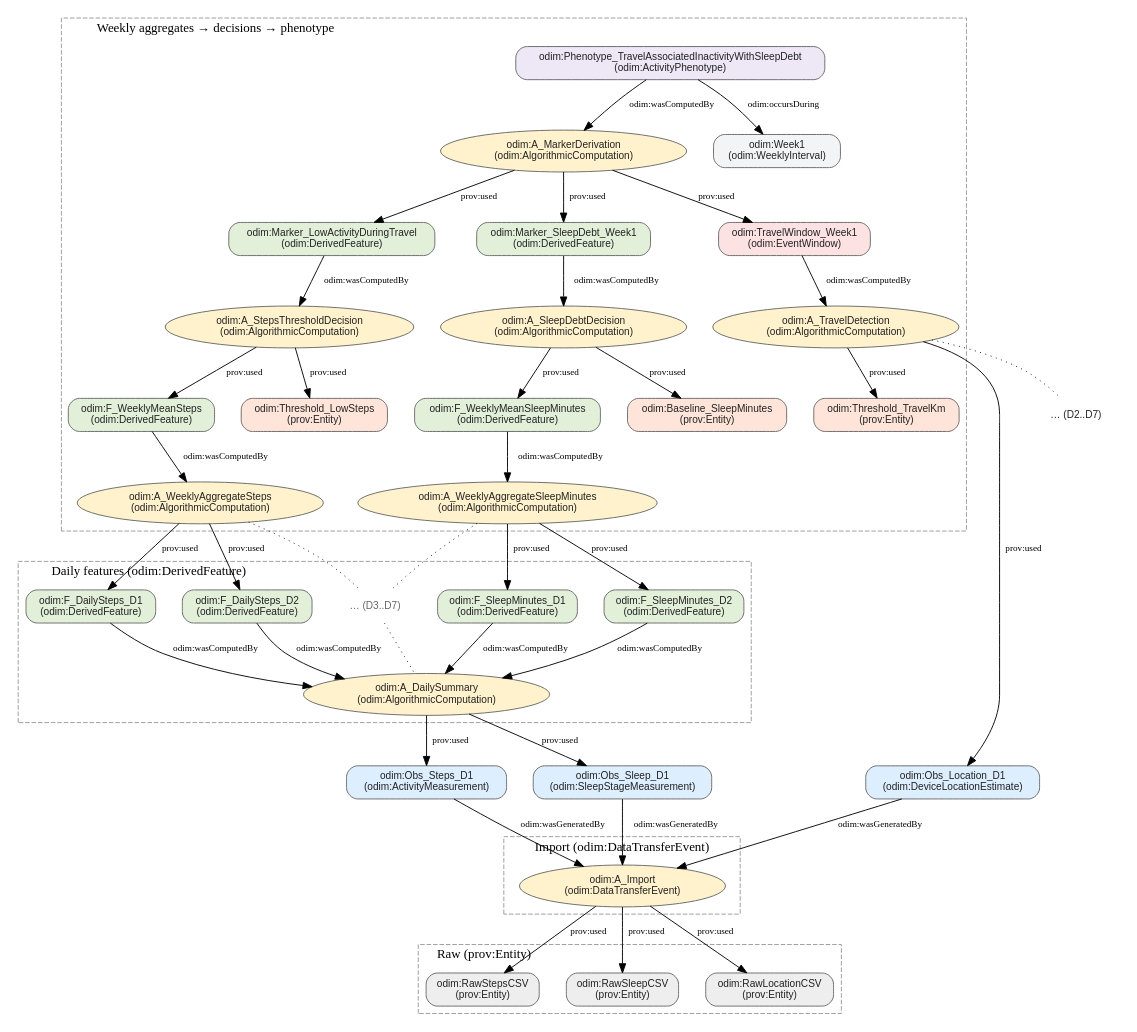
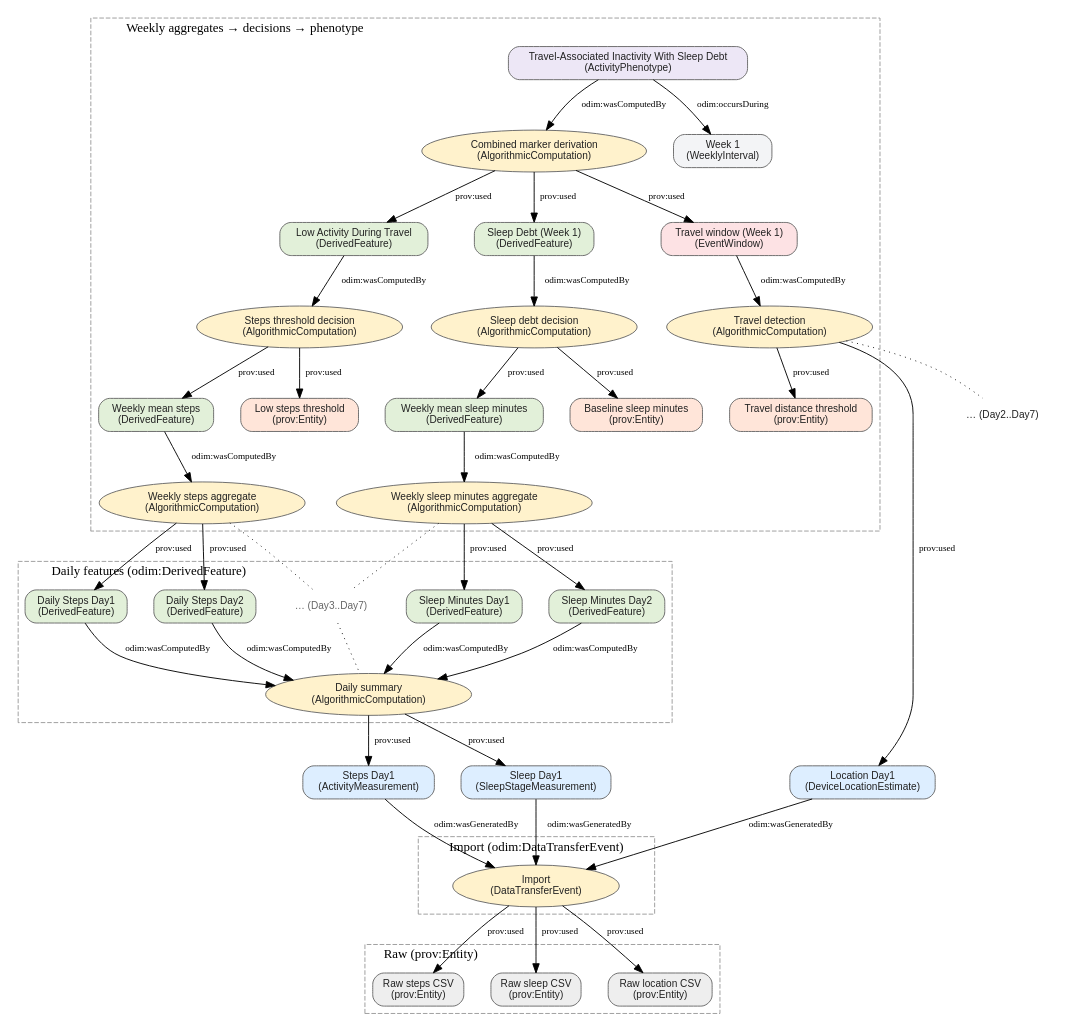
Before and after one commit to MentalHealthMission/MHM-ontology: the diagram in docs/presentation/demo_graph.dot, drawn with Graphviz. The commit also changed 1 other file, not shown here.

Commit message:
docs(presentation): simplify labels — add Day1/Day2 and remove odim: prefixes across nodes

```diff
--- a/docs/presentation/demo_graph.dot
+++ b/docs/presentation/demo_graph.dot
@@ -1,124 +1,124 @@
 digraph DemoFlow {
   rankdir=TB;
   splines=true;
   nodesep=0.4;
   ranksep=0.6;
 
   // Default node styles
   node [fontname="Helvetica", fontsize=11, style="rounded,filled", color="#666666", fontcolor="#222222", fillcolor="white", penwidth=1.0];
 
   // Legend removed for presentation clarity
 
   // Raw entities (prov:Entity)
   subgraph cluster_raw {
     label="Raw (prov:Entity)"; style=dashed; color=gray60; labelloc="t"; labeljust="l";
-    RawSteps [label="odim:RawStepsCSV\n(prov:Entity)", shape=box, fillcolor="#EEEEEE"];
-    RawSleep [label="odim:RawSleepCSV\n(prov:Entity)", shape=box, fillcolor="#EEEEEE"];
-    RawLoc   [label="odim:RawLocationCSV\n(prov:Entity)", shape=box, fillcolor="#EEEEEE"];
+    RawSteps [label="Raw steps CSV\n(prov:Entity)", shape=box, fillcolor="#EEEEEE"];
+    RawSleep [label="Raw sleep CSV\n(prov:Entity)", shape=box, fillcolor="#EEEEEE"];
+    RawLoc   [label="Raw location CSV\n(prov:Entity)", shape=box, fillcolor="#EEEEEE"];
   }
 
   // Import activity
   subgraph cluster_import {
     label="Import (odim:DataTransferEvent)"; style=dashed; color=gray60; labelloc="t"; labeljust="l";
-    Import [label="odim:A_Import\n(odim:DataTransferEvent)", shape=ellipse, fillcolor="#FFF2CC"];
+    Import [label="Import\n(DataTransferEvent)", shape=ellipse, fillcolor="#FFF2CC"];
   }
 
   // Observations (entities)
   subgraph cluster_obs {
     label=""; style=invis; color=gray60;
-    ObsSteps [label="odim:Obs_Steps_D1\n(odim:ActivityMeasurement)", shape=box, fillcolor="#DDEEFF"];
-    ObsSleep [label="odim:Obs_Sleep_D1\n(odim:SleepStageMeasurement)", shape=box, fillcolor="#DDEEFF"];
-    ObsLoc   [label="odim:Obs_Location_D1\n(odim:DeviceLocationEstimate)", shape=box, fillcolor="#DDEEFF"];
-    ObsDots  [label="… (D2..D7)", shape=plaintext];
+    ObsSteps [label="Steps Day1\n(ActivityMeasurement)", shape=box, fillcolor="#DDEEFF"];
+    ObsSleep [label="Sleep Day1\n(SleepStageMeasurement)", shape=box, fillcolor="#DDEEFF"];
+    ObsLoc   [label="Location Day1\n(DeviceLocationEstimate)", shape=box, fillcolor="#DDEEFF"];
+    ObsDots  [label="… (Day2..Day7)", shape=plaintext];
   }
 
   // Daily computation + features (steps + sleep minutes)
   subgraph cluster_daily {
     label="Daily features (odim:DerivedFeature)"; style=dashed; color=gray60; labelloc="t"; labeljust="l";
-    DailyComp [label="odim:A_DailySummary\n(odim:AlgorithmicComputation)", shape=ellipse, fillcolor="#FFF2CC"];
-    F1 [label="odim:F_DailySteps_D1\n(odim:DerivedFeature)", shape=box, fillcolor="#E2F0D9"];
-    F2 [label="odim:F_DailySteps_D2\n(odim:DerivedFeature)", shape=box, fillcolor="#E2F0D9"];
-    FDots [label="… (D3..D7)", shape=plaintext, color="#888888", fontcolor="#666666"];
-    SQ1 [label="odim:F_SleepMinutes_D1\n(odim:DerivedFeature)", shape=box, fillcolor="#E2F0D9"];
-    SQ2 [label="odim:F_SleepMinutes_D2\n(odim:DerivedFeature)", shape=box, fillcolor="#E2F0D9"];
+    DailyComp [label="Daily summary\n(AlgorithmicComputation)", shape=ellipse, fillcolor="#FFF2CC"];
+    F1 [label="Daily Steps Day1\n(DerivedFeature)", shape=box, fillcolor="#E2F0D9"];
+    F2 [label="Daily Steps Day2\n(DerivedFeature)", shape=box, fillcolor="#E2F0D9"];
+    FDots [label="… (Day3..Day7)", shape=plaintext, color="#888888", fontcolor="#666666"];
+    SQ1 [label="Sleep Minutes Day1\n(DerivedFeature)", shape=box, fillcolor="#E2F0D9"];
+    SQ2 [label="Sleep Minutes Day2\n(DerivedFeature)", shape=box, fillcolor="#E2F0D9"];
   }
 
   // Weekly aggregation + decisions + combined phenotype
   subgraph cluster_weekly {
     label="Weekly aggregates → decisions → phenotype"; style=dashed; color=gray60; labelloc="t"; labeljust="l";
-    WeeklySteps [label="odim:A_WeeklyAggregateSteps\n(odim:AlgorithmicComputation)", shape=ellipse, fillcolor="#FFF2CC"];
-    MeanSteps [label="odim:F_WeeklyMeanSteps\n(odim:DerivedFeature)", shape=box, fillcolor="#E2F0D9"];
-    Thresh [label="odim:Threshold_LowSteps\n(prov:Entity)", shape=box, fillcolor="#FFE5D9"];
-    StepsDecision [label="odim:A_StepsThresholdDecision\n(odim:AlgorithmicComputation)", shape=ellipse, fillcolor="#FFF2CC"];
-    Marker [label="odim:Marker_LowActivityDuringTravel\n(odim:DerivedFeature)", shape=box, style="rounded,filled", fillcolor="#E2F0D9"];
+    WeeklySteps [label="Weekly steps aggregate\n(AlgorithmicComputation)", shape=ellipse, fillcolor="#FFF2CC"];
+    MeanSteps [label="Weekly mean steps\n(DerivedFeature)", shape=box, fillcolor="#E2F0D9"];
+    Thresh [label="Low steps threshold\n(prov:Entity)", shape=box, fillcolor="#FFE5D9"];
+    StepsDecision [label="Steps threshold decision\n(AlgorithmicComputation)", shape=ellipse, fillcolor="#FFF2CC"];
+    Marker [label="Low Activity During Travel\n(DerivedFeature)", shape=box, style="rounded,filled", fillcolor="#E2F0D9"];
 
-    WeeklySleep [label="odim:A_WeeklyAggregateSleepMinutes\n(odim:AlgorithmicComputation)", shape=ellipse, fillcolor="#FFF2CC"];
-    MeanSleep [label="odim:F_WeeklyMeanSleepMinutes\n(odim:DerivedFeature)", shape=box, fillcolor="#E2F0D9"];
-    SleepBaseline [label="odim:Baseline_SleepMinutes\n(prov:Entity)", shape=box, fillcolor="#FFE5D9"];
-    SleepDebtDecision [label="odim:A_SleepDebtDecision\n(odim:AlgorithmicComputation)", shape=ellipse, fillcolor="#FFF2CC"];
-    SleepDebt [label="odim:Marker_SleepDebt_Week1\n(odim:DerivedFeature)", shape=box, fillcolor="#E2F0D9"];
+    WeeklySleep [label="Weekly sleep minutes aggregate\n(AlgorithmicComputation)", shape=ellipse, fillcolor="#FFF2CC"];
+    MeanSleep [label="Weekly mean sleep minutes\n(DerivedFeature)", shape=box, fillcolor="#E2F0D9"];
+    SleepBaseline [label="Baseline sleep minutes\n(prov:Entity)", shape=box, fillcolor="#FFE5D9"];
+    SleepDebtDecision [label="Sleep debt decision\n(AlgorithmicComputation)", shape=ellipse, fillcolor="#FFF2CC"];
+    SleepDebt [label="Sleep Debt (Week 1)\n(DerivedFeature)", shape=box, fillcolor="#E2F0D9"];
 
-    Combine [label="odim:A_MarkerDerivation\n(odim:AlgorithmicComputation)", shape=ellipse, fillcolor="#FFF2CC"];
-    Phenotype [label="odim:Phenotype_TravelAssociatedInactivityWithSleepDebt\n(odim:ActivityPhenotype)", shape=box, style="rounded,filled", fillcolor="#EDE7F6"];
-    Week [label="odim:Week1\n(odim:WeeklyInterval)", shape=box, fillcolor="#F3F4F6"];
+    Combine [label="Combined marker derivation\n(AlgorithmicComputation)", shape=ellipse, fillcolor="#FFF2CC"];
+    Phenotype [label="Travel-Associated Inactivity With Sleep Debt\n(ActivityPhenotype)", shape=box, style="rounded,filled", fillcolor="#EDE7F6"];
+    Week [label="Week 1\n(WeeklyInterval)", shape=box, fillcolor="#F3F4F6"];
 
     // Travel detection elements placed within weekly cluster
-    TravelDetect [label="odim:A_TravelDetection\n(odim:AlgorithmicComputation)", shape=ellipse, fillcolor="#FFF2CC"];
-    TravelWin [label="odim:TravelWindow_Week1\n(odim:EventWindow)", shape=box, fillcolor="#FDE2E4"];
-    TravelThresh [label="odim:Threshold_TravelKm\n(prov:Entity)", shape=box, fillcolor="#FFE5D9"];
+    TravelDetect [label="Travel detection\n(AlgorithmicComputation)", shape=ellipse, fillcolor="#FFF2CC"];
+    TravelWin [label="Travel window (Week 1)\n(EventWindow)", shape=box, fillcolor="#FDE2E4"];
+    TravelThresh [label="Travel distance threshold\n(prov:Entity)", shape=box, fillcolor="#FFE5D9"];
   }
 
   // Edges with exact predicates
   // Import used raw files (prov:used: Activity -> Entity)
   Import -> RawSteps [label="prov:used", fontsize=10];
   Import -> RawSleep [label="prov:used", fontsize=10];
   Import -> RawLoc   [label="prov:used", fontsize=10];
 
   // Observations were generated by Import (odim:wasGeneratedBy: Entity -> Activity)
   ObsSteps -> Import [label="odim:wasGeneratedBy", fontsize=10];
   ObsSleep -> Import [label="odim:wasGeneratedBy", fontsize=10];
   ObsLoc   -> Import [label="odim:wasGeneratedBy", fontsize=10];
   {rank=same; ObsSteps; ObsSleep; ObsLoc;}
 
   // Daily computation used observations (prov:used)
   DailyComp -> ObsSteps [label="prov:used", fontsize=10];
   DailyComp -> ObsSleep [label="prov:used", fontsize=10];
 
   // Travel detection from location observations (nodes defined in weekly cluster)
   TravelDetect -> ObsLoc [label="prov:used", fontsize=10];
   TravelDetect -> ObsDots [style=dotted, arrowhead=none];
   TravelDetect -> TravelThresh [label="prov:used", fontsize=10];
   TravelWin -> TravelDetect [label="odim:wasComputedBy", fontsize=10];
 
   // Daily features were computed by DailyComp (odim:wasComputedBy)
   F1 -> DailyComp [label="odim:wasComputedBy", fontsize=10];
   F2 -> DailyComp [label="odim:wasComputedBy", fontsize=10];
   SQ1 -> DailyComp [label="odim:wasComputedBy", fontsize=10];
   SQ2 -> DailyComp [label="odim:wasComputedBy", fontsize=10];
   FDots -> DailyComp [style=dotted, arrowhead=none];
 
   // Weekly steps aggregate and decision
   WeeklySteps -> F1 [label="prov:used", fontsize=10];
   WeeklySteps -> F2 [label="prov:used", fontsize=10];
   WeeklySteps -> FDots [style=dotted, arrowhead=none];
   MeanSteps -> WeeklySteps [label="odim:wasComputedBy", fontsize=10];
   StepsDecision -> MeanSteps [label="prov:used", fontsize=10];
   StepsDecision -> Thresh [label="prov:used", fontsize=10];
   Marker -> StepsDecision [label="odim:wasComputedBy", fontsize=10];
 
   // Weekly sleep minutes aggregate + sleep debt decision
   WeeklySleep -> SQ1 [label="prov:used", fontsize=10];
   WeeklySleep -> SQ2 [label="prov:used", fontsize=10];
   WeeklySleep -> FDots [style=dotted, arrowhead=none];
   MeanSleep -> WeeklySleep [label="odim:wasComputedBy", fontsize=10];
   SleepDebtDecision -> MeanSleep [label="prov:used", fontsize=10];
   SleepDebtDecision -> SleepBaseline [label="prov:used", fontsize=10];
   SleepDebt -> SleepDebtDecision [label="odim:wasComputedBy", fontsize=10];
 
   // Combined phenotype marker
   Combine -> Marker [label="prov:used", fontsize=10];
   Combine -> SleepDebt [label="prov:used", fontsize=10];
   Combine -> TravelWin [label="prov:used", fontsize=10];
   Phenotype -> Combine [label="odim:wasComputedBy", fontsize=10];
   Phenotype -> Week [label="odim:occursDuring", fontsize=10];
 }
```
